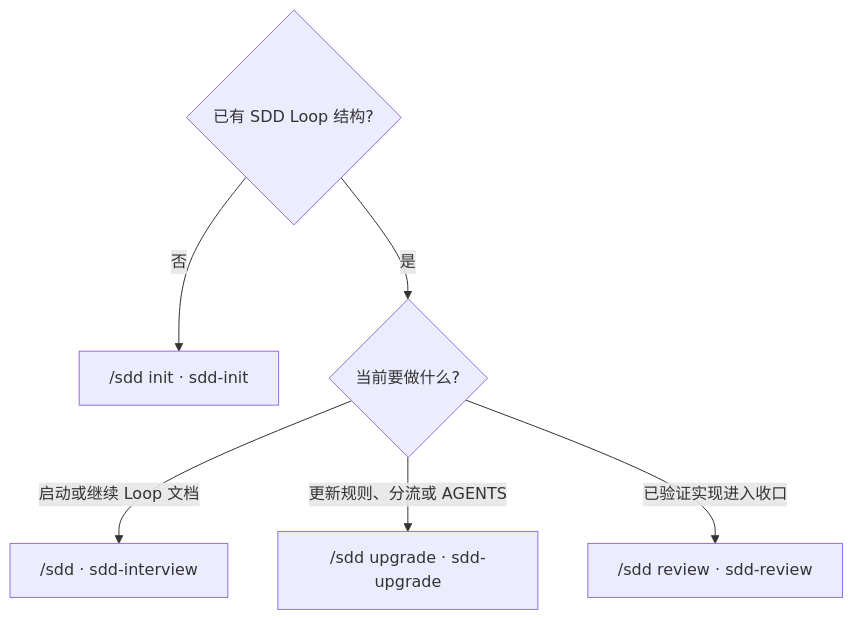
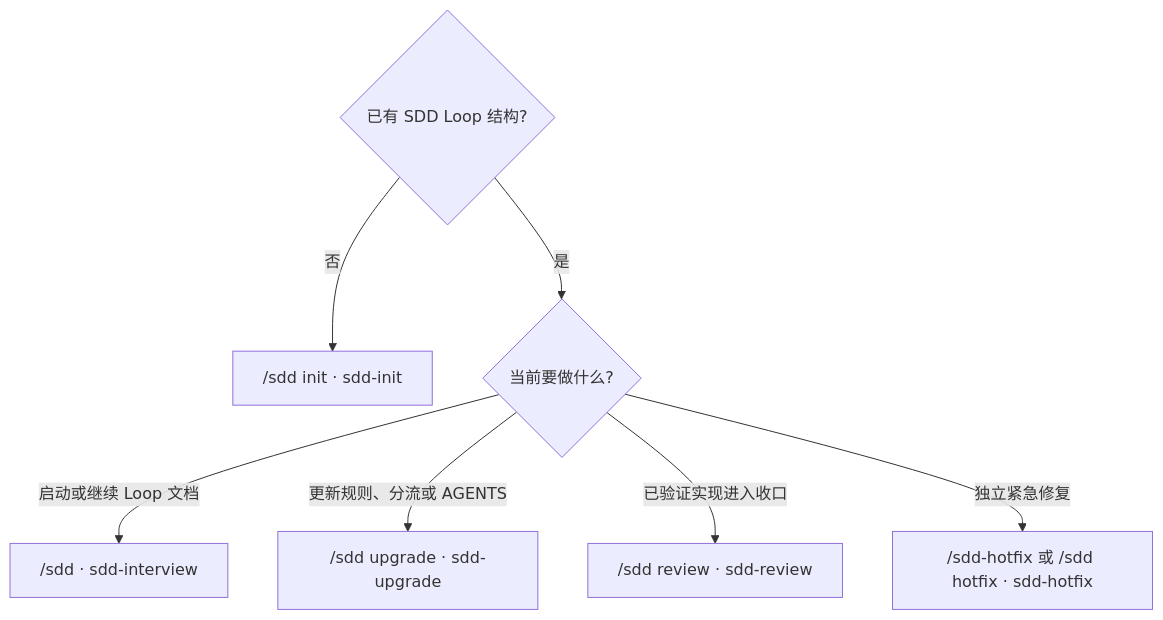
The third of 3 diagrams in README_zh.md (Roger0808/sdd-loop), drawn with Mermaid before and after one commit. The commit also changed other lines of this file and 22 other files, not shown here.

Commit message:
feat: add auditable sdd hotfix workflow

````diff
--- a/README_zh.md
+++ b/README_zh.md
@@ -209,9 +223,10 @@
 ```mermaid
 flowchart TD
     A{已有 SDD Loop 结构?}
     A -- 否 --> I["/sdd init · sdd-init"]
     A -- 是 --> B{当前要做什么?}
     B -- 启动或继续 Loop 文档 --> N["/sdd · sdd-interview"]
     B -- 更新规则、分流或 AGENTS --> U["/sdd upgrade · sdd-upgrade"]
     B -- 已验证实现进入收口 --> R["/sdd review · sdd-review"]
+    B -- 独立紧急修复 --> H["/sdd-hotfix 或 /sdd hotfix · sdd-hotfix"]
 ```
````
